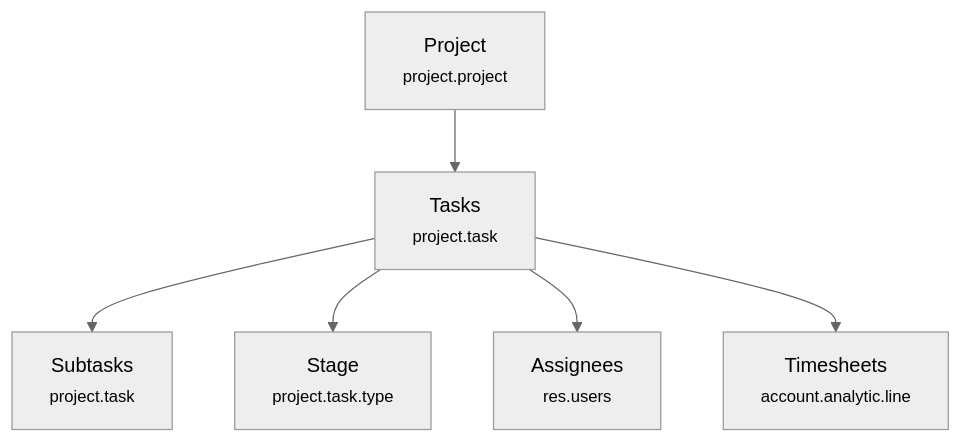
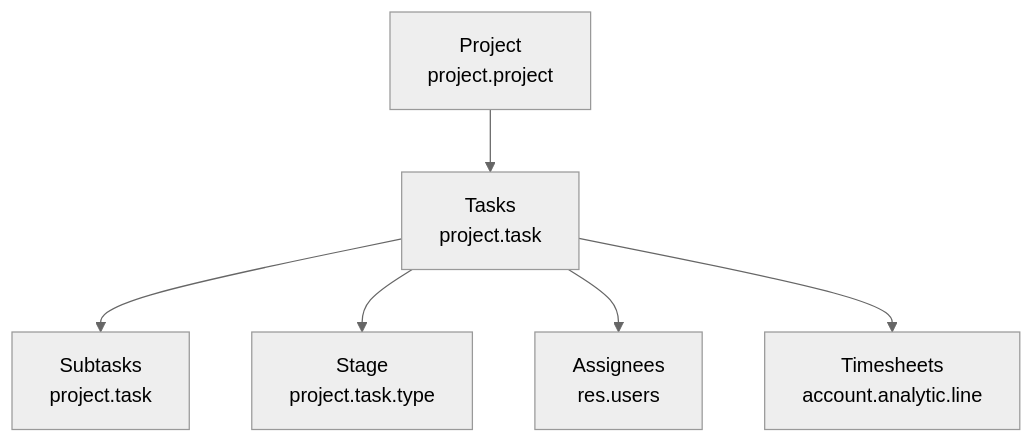
The ninth of 10 diagrams in docs/19-examples.md (pran-odoo/odoo-training), drawn with Mermaid (neutral theme) before and after one commit. The commit also changed other lines of this file and 6 other files, not shown here.

First line of the commit message:
Remove HTML br tags from Mermaid diagrams

````diff
--- a/docs/19-examples.md
+++ b/docs/19-examples.md
@@ -246,8 +278,14 @@
 ```mermaid
 graph TD
-    P[Project<br><small>project.project</small>] --> T[Tasks<br><small>project.task</small>]
-    T --> ST[Subtasks<br><small>project.task</small>]
-    T --> S[Stage<br><small>project.task.type</small>]
-    T --> U[Assignees<br><small>res.users</small>]
-    T --> TS[Timesheets<br><small>account.analytic.line</small>]
+    P["Project
+    project.project"] --> T["Tasks
+    project.task"]
+    T --> ST["Subtasks
+    project.task"]
+    T --> S["Stage
+    project.task.type"]
+    T --> U["Assignees
+    res.users"]
+    T --> TS["Timesheets
+    account.analytic.line"]
 ```
````
